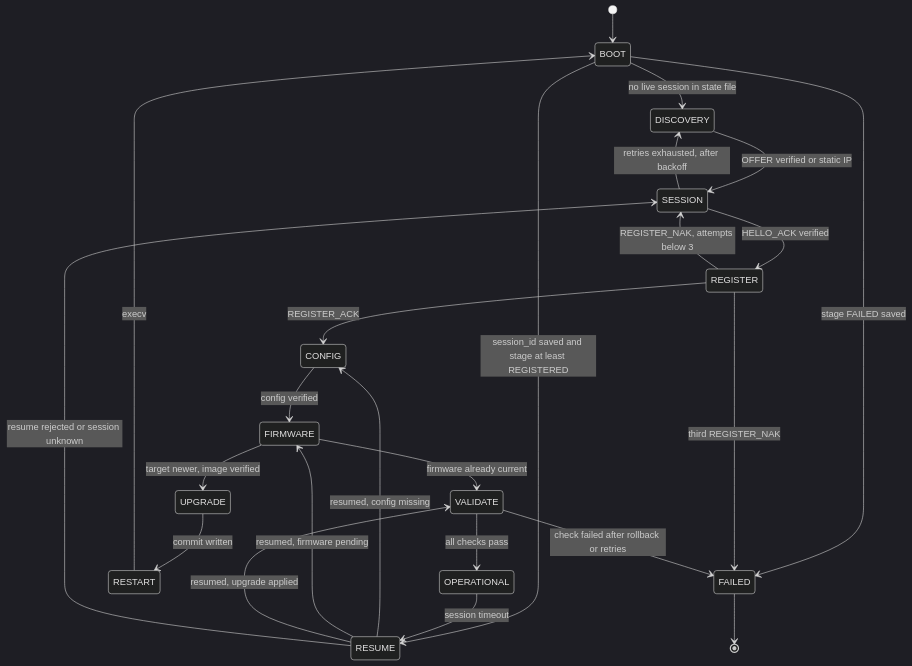
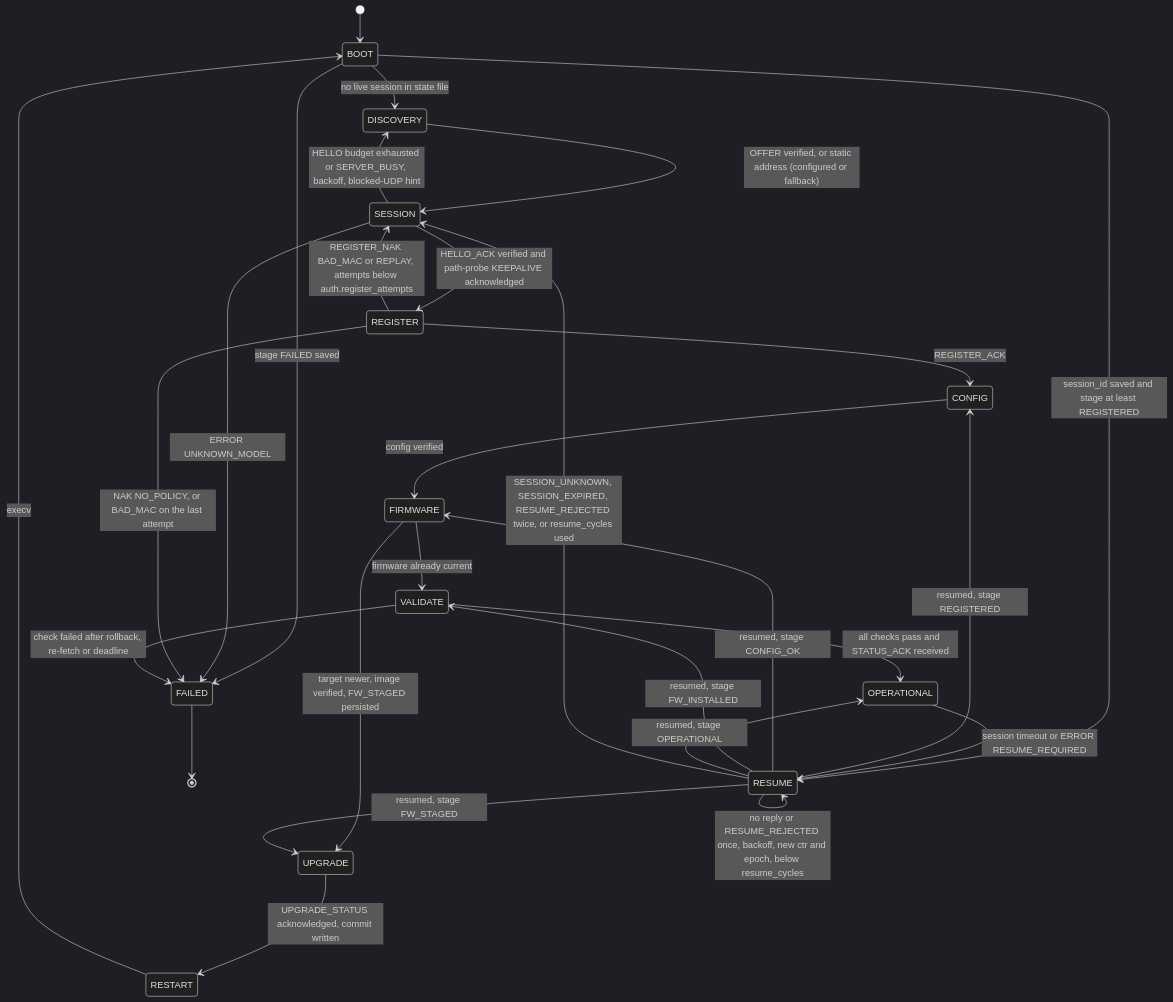
One commit to heysunilvk/ztp-project changed diagram 21 of 23 in DESIGN.md. Above: the diagram before and after it, drawn with Mermaid (dark theme). The commit also changed other lines of this file and 2 other files, not shown here.

First line of the commit message:
Full review pass: PDF conformance, consistency, and protocol hardening

````diff
--- a/DESIGN.md
+++ b/DESIGN.md
@@ -1443,26 +1688,30 @@
 ```mermaid
 stateDiagram-v2
     [*] --> BOOT
     BOOT --> DISCOVERY: no live session in state file
     BOOT --> RESUME: session_id saved and stage at least REGISTERED
     BOOT --> FAILED: stage FAILED saved
-    DISCOVERY --> SESSION: OFFER verified or static IP
-    SESSION --> REGISTER: HELLO_ACK verified
-    SESSION --> DISCOVERY: retries exhausted, after backoff
+    DISCOVERY --> SESSION: OFFER verified, or static address (configured or fallback)
+    SESSION --> REGISTER: HELLO_ACK verified and path-probe KEEPALIVE acknowledged
+    SESSION --> DISCOVERY: HELLO budget exhausted or SERVER_BUSY, backoff, blocked-UDP hint
+    SESSION --> FAILED: ERROR UNKNOWN_MODEL
     REGISTER --> CONFIG: REGISTER_ACK
-    REGISTER --> SESSION: REGISTER_NAK, attempts below 3
-    REGISTER --> FAILED: third REGISTER_NAK
+    REGISTER --> SESSION: REGISTER_NAK BAD_MAC or REPLAY, attempts below auth.register_attempts
+    REGISTER --> FAILED: NAK NO_POLICY, or BAD_MAC on the last attempt
     CONFIG --> FIRMWARE: config verified
     FIRMWARE --> VALIDATE: firmware already current
-    FIRMWARE --> UPGRADE: target newer, image verified
-    UPGRADE --> RESTART: commit written
+    FIRMWARE --> UPGRADE: target newer, image verified, FW_STAGED persisted
+    UPGRADE --> RESTART: UPGRADE_STATUS acknowledged, commit written
     RESTART --> BOOT: execv
-    RESUME --> CONFIG: resumed, config missing
-    RESUME --> FIRMWARE: resumed, firmware pending
-    RESUME --> VALIDATE: resumed, upgrade applied
-    RESUME --> SESSION: resume rejected or session unknown
-    VALIDATE --> OPERATIONAL: all checks pass
-    VALIDATE --> FAILED: check failed after rollback or retries
-    OPERATIONAL --> RESUME: session timeout
+    RESUME --> CONFIG: resumed, stage REGISTERED
+    RESUME --> FIRMWARE: resumed, stage CONFIG_OK
+    RESUME --> UPGRADE: resumed, stage FW_STAGED
+    RESUME --> VALIDATE: resumed, stage FW_INSTALLED
+    RESUME --> OPERATIONAL: resumed, stage OPERATIONAL
+    RESUME --> RESUME: no reply or RESUME_REJECTED once, backoff, new ctr and epoch, below resume_cycles
+    RESUME --> SESSION: SESSION_UNKNOWN, SESSION_EXPIRED, RESUME_REJECTED twice, or resume_cycles used
+    VALIDATE --> OPERATIONAL: all checks pass and STATUS_ACK received
+    VALIDATE --> FAILED: check failed after rollback, re-fetch or deadline
+    OPERATIONAL --> RESUME: session timeout or ERROR RESUME_REQUIRED
     FAILED --> [*]
 ```
````
